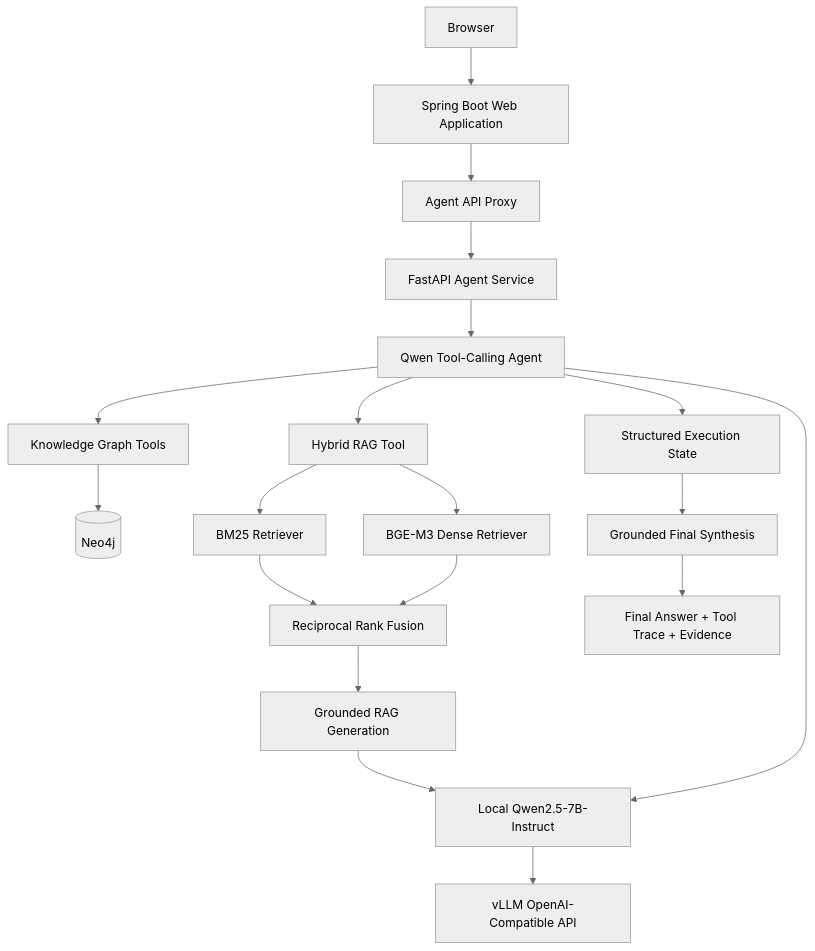
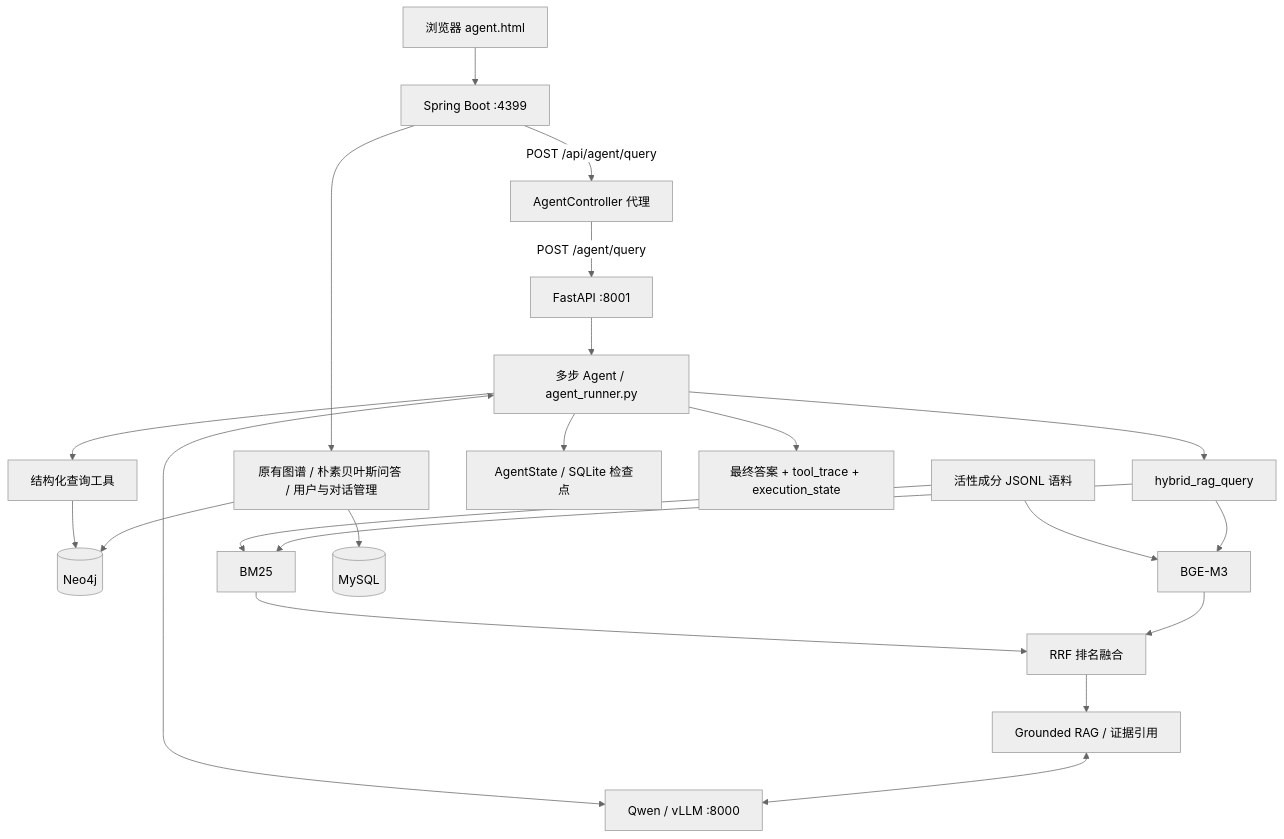
The diagram in README.md (187815118/Pesticide-Knowledge-Graph-Agent), drawn with Mermaid (neutral theme) before and after one commit. The commit also changed other lines of this file and 30 other files, not shown here.

````diff
--- a/README.md
+++ b/README.md
@@ -41,31 +74,24 @@
 ```mermaid
 flowchart TD
-    U[Browser] --> S[Spring Boot Web Application]
-
-    S --> P[Agent API Proxy]
-    P --> F[FastAPI Agent Service]
-
-    F --> A[Qwen Tool-Calling Agent]
-
-    A --> KG[Knowledge Graph Tools]
+    U[浏览器 agent.html] --> S[Spring Boot :4399]
+    S -->|POST /api/agent/query| P[AgentController 代理]
+    P -->|POST /agent/query| F[FastAPI :8001]
+    F --> A[多步 Agent / agent_runner.py]
+    A --> KG[结构化查询工具]
     KG --> N[(Neo4j)]
-
-    A --> RT[Hybrid RAG Tool]
-
-    RT --> BM[BM25 Retriever]
-    RT --> DE[BGE-M3 Dense Retriever]
-    BM --> RRF[Reciprocal Rank Fusion]
-    DE --> RRF
-
-    RRF --> GR[Grounded RAG Generation]
-
-    GR --> LLM[Local Qwen2.5-7B-Instruct]
-    A --> LLM
-
-    LLM --> V[vLLM OpenAI-Compatible API]
-
-    A --> ST[Structured Execution State]
-    ST --> FS[Grounded Final Synthesis]
-
-    FS --> O[Final Answer + Tool Trace + Evidence]
+    A --> R[hybrid_rag_query]
+    D[活性成分 JSONL 语料] --> B[BM25]
+    D --> V[BGE-M3]
+    R --> B
+    R --> V
+    B --> H[RRF 排名融合]
+    V --> H
+    H --> G[Grounded RAG / 证据引用]
+    A <--> L[Qwen / vLLM :8000]
+    G <--> L
+    A --> C[AgentState / SQLite 检查点]
+    A --> O[最终答案 + tool_trace + execution_state]
+    S --> OLD[原有图谱 / 朴素贝叶斯问答 / 用户与对话管理]
+    OLD --> N
+    OLD --> M[(MySQL)]
 ```
````
